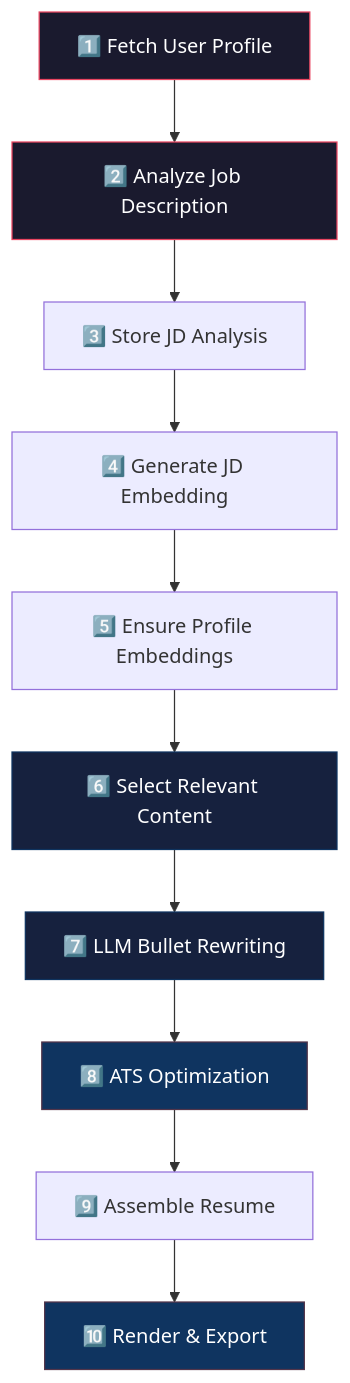
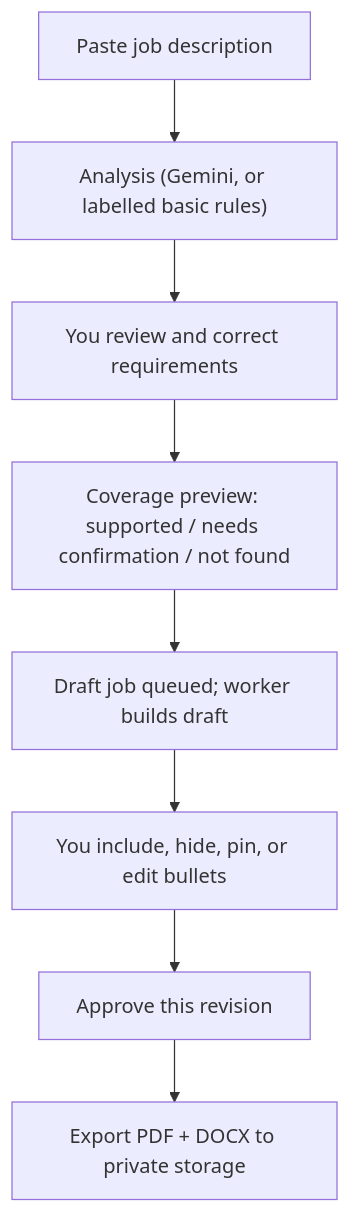
Before and after one commit to NayanshiSingh/OneResume: the first of 2 diagrams in README.md, drawn with Mermaid. The commit also changed other lines of this file, not shown here.

Commit message:
docs: describe import, review, drafts, worker, and basic mode

````diff
--- a/README.md
+++ b/README.md
@@ -267,19 +272,10 @@
 ```mermaid
 graph TD
-    A["1️⃣ Fetch User Profile"] --> B["2️⃣ Analyze Job Description"]
-    B --> C["3️⃣ Store JD Analysis"]
-    C --> D["4️⃣ Generate JD Embedding"]
-    D --> E["5️⃣ Ensure Profile Embeddings"]
-    E --> F["6️⃣ Select Relevant Content"]
-    F --> G["7️⃣ LLM Bullet Rewriting"]
-    G --> H["8️⃣ ATS Optimization"]
-    H --> I["9️⃣ Assemble Resume"]
-    I --> J["🔟 Render & Export"]
-
-    style A fill:#1a1a2e,stroke:#e94560,color:#fff
-    style B fill:#1a1a2e,stroke:#e94560,color:#fff
-    style F fill:#16213e,stroke:#0f3460,color:#fff
-    style G fill:#16213e,stroke:#0f3460,color:#fff
-    style H fill:#0f3460,stroke:#53354a,color:#fff
-    style J fill:#0f3460,stroke:#53354a,color:#fff
+    A["Paste job description"] --> B["Analysis (Gemini, or labelled basic rules)"]
+    B --> C["You review and correct requirements"]
+    C --> D["Coverage preview: supported / needs confirmation / not found"]
+    D --> E["Draft job queued; worker builds draft"]
+    E --> F["You include, hide, pin, or edit bullets"]
+    F --> G["Approve this revision"]
+    G --> H["Export PDF + DOCX to private storage"]
 ```
````
